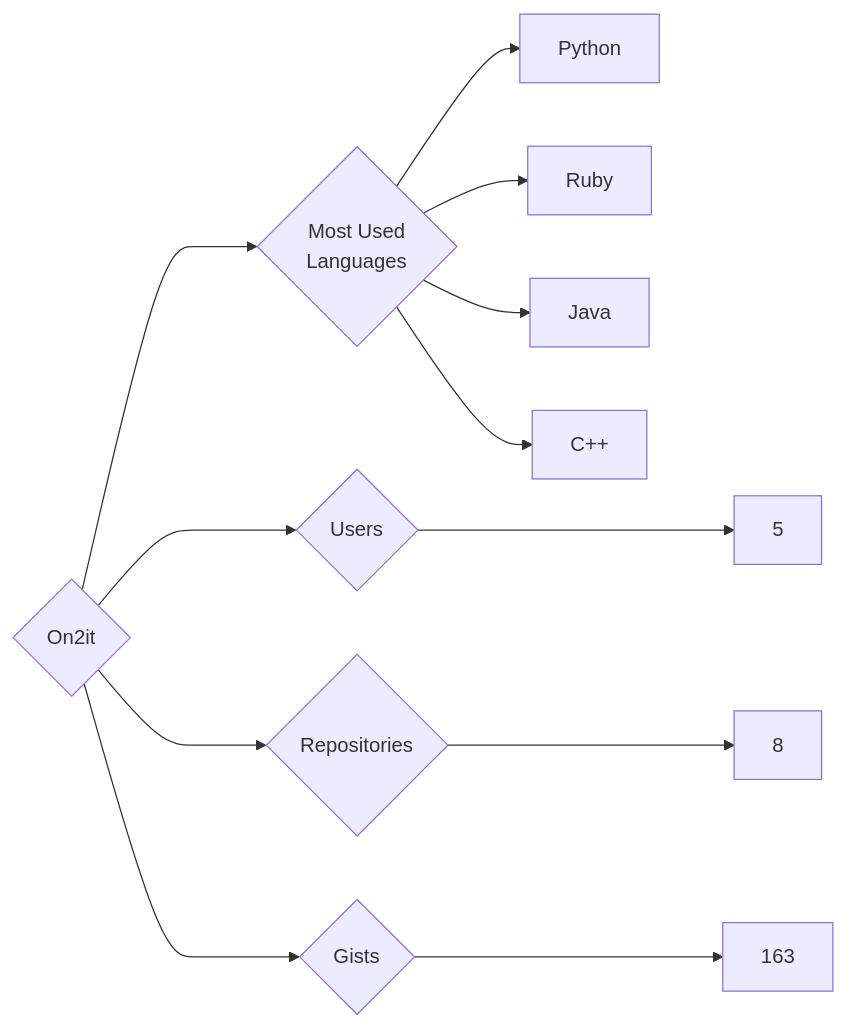
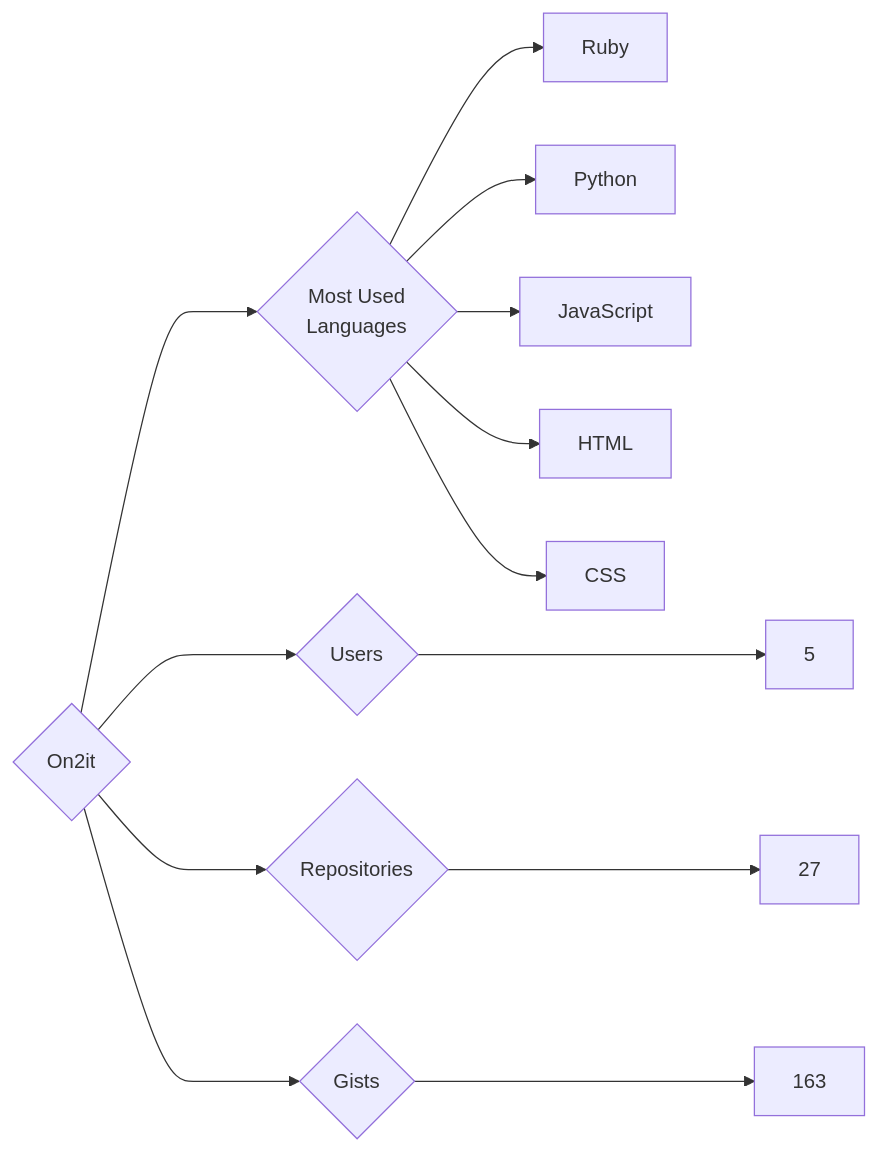
The diagram in targets/On2it/README.md (trickest/insiders), drawn with Mermaid before and after one commit. The commit also changed 953 other files, not shown here.

````diff
--- a/targets/On2it/README.md
+++ b/targets/On2it/README.md
@@ -3,12 +3,13 @@
 ```mermaid
 graph LR
 COMPANY_NAME{On2it}
 COMPANY_NAME ---> U{Users} ---> UN[5]
-COMPANY_NAME ---> R{Repositories} ---> RN[8]
+COMPANY_NAME ---> R{Repositories} ---> RN[27]
 COMPANY_NAME ---> G{Gists} ---> GN[163]
 COMPANY_NAME ---> ML{Most Used<br>Languages}
+ML --> Ruby[Ruby]
 ML --> Python[Python]
-ML --> Ruby[Ruby]
-ML --> Java[Java]
-ML --> C++[C++]
+ML --> JavaScript[JavaScript]
+ML --> HTML[HTML]
+ML --> CSS[CSS]
 ```
````
